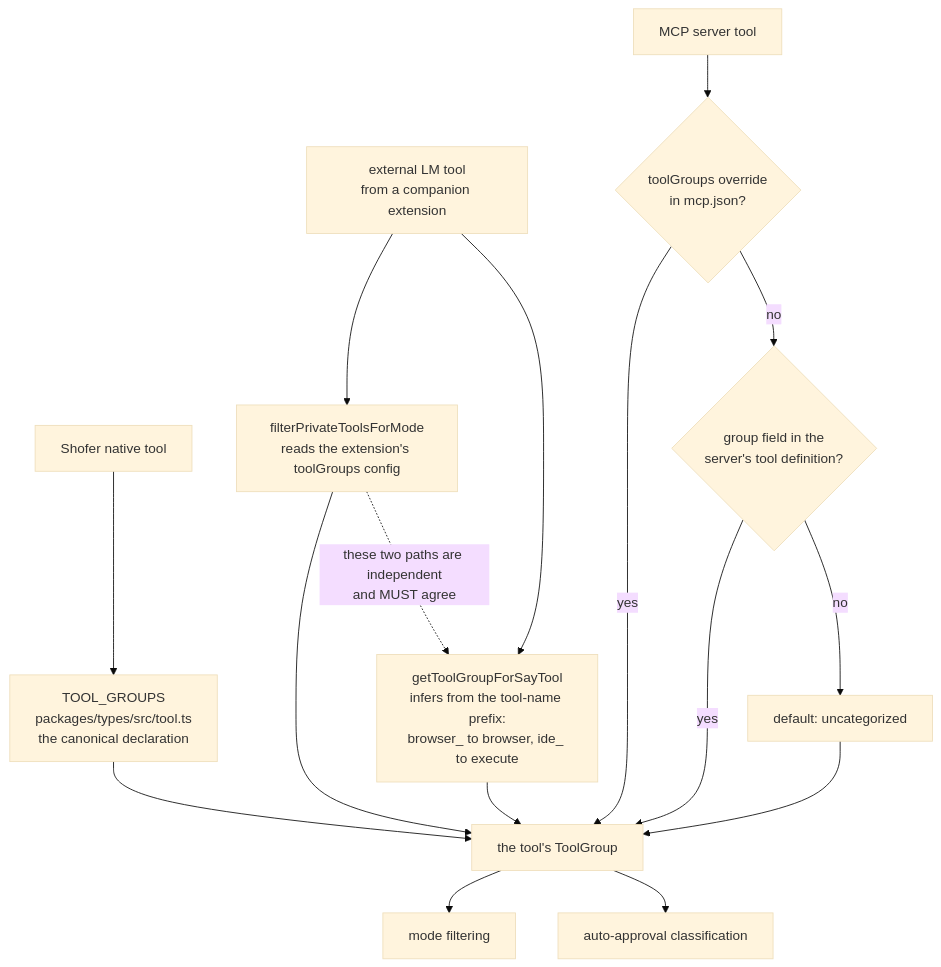
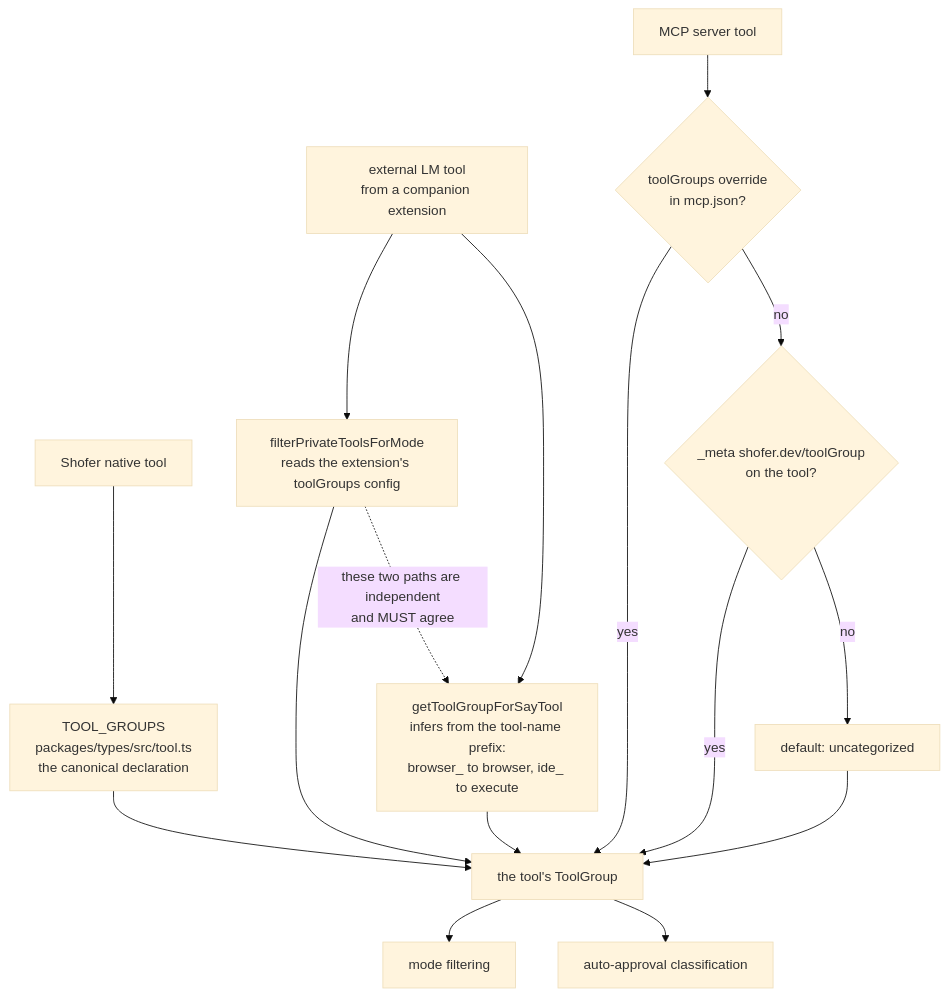
One commit to shofer-dev/shofer changed the first of 2 diagrams in docs/tool-categories.md. Above: the diagram before and after it, drawn with Mermaid (base theme). The commit also changed other lines of this file and 6 other files, not shown here.

````diff
--- a/docs/tool-categories.md
+++ b/docs/tool-categories.md
@@ -34,23 +34,23 @@
 ```mermaid
 flowchart TD
     NAT["Shofer native tool"] --> NG["TOOL_GROUPS<br/>packages/types/src/tool.ts<br/>the canonical declaration"]
 
     EXT["external LM tool<br/>from a companion extension"] --> EF["filterPrivateToolsForMode<br/>reads the extension's toolGroups config"]
     EXT --> EA["getToolGroupForSayTool<br/>infers from the tool-name prefix:<br/>browser_ to browser, ide_ to execute"]
 
     MCPT["MCP server tool"] --> M1{"toolGroups override<br/>in mcp.json?"}
     M1 -->|yes| GROUP
-    M1 -->|no| M2{"group field in the<br/>server's tool definition?"}
+    M1 -->|no| M2{"_meta shofer.dev/toolGroup<br/>on the tool?"}
     M2 -->|yes| GROUP
     M2 -->|no| M3["default: uncategorized"]
     M3 --> GROUP
 
     NG --> GROUP["the tool's ToolGroup"]
     EF --> GROUP
     EA --> GROUP
 
     GROUP --> USE1["mode filtering"]
     GROUP --> USE2["auto-approval classification"]
 
     EF -.->|"these two paths are independent<br/>and MUST agree"| EA
 ```
````
